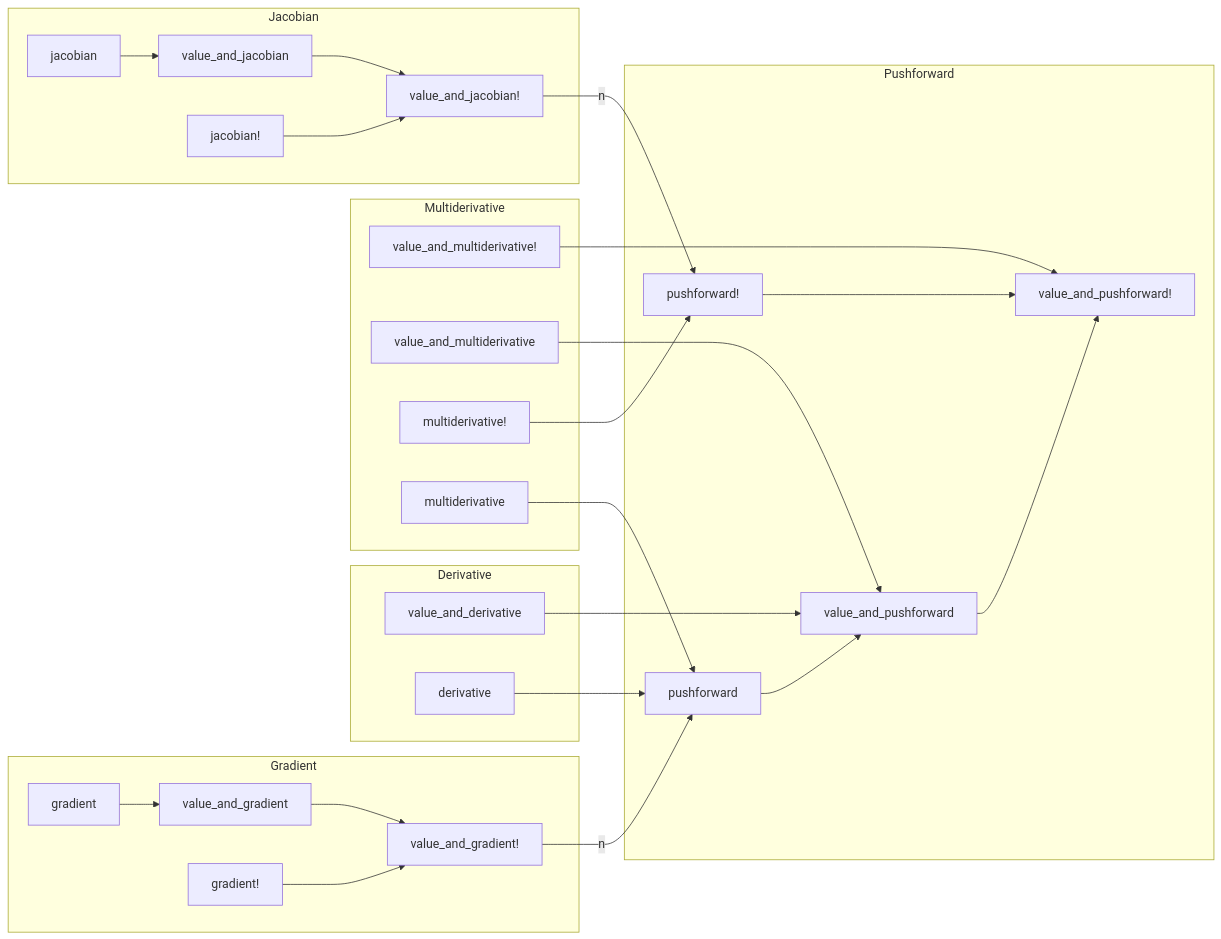
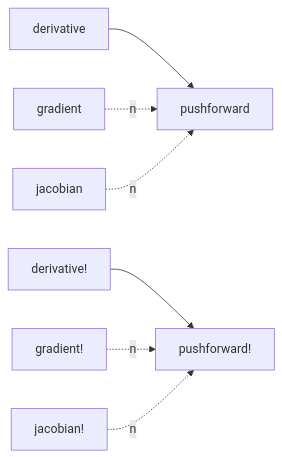
Before and after one commit to gdalle/DifferentiationInterface.jl: the first of 2 diagrams in docs/src/developer.md, drawn with Mermaid. The commit also changed other lines of this file and 13 other files, not shown here.

````diff
--- a/docs/src/developer.md
+++ b/docs/src/developer.md
@@ -26,44 +29,9 @@
 ```mermaid
 flowchart LR
-    subgraph Derivative
-        value_and_derivative
-        derivative
-    end
-
-    value_and_derivative --> value_and_pushforward
     derivative --> pushforward
-    
-    subgraph Multiderivative
-        value_and_multiderivative!
-        value_and_multiderivative
-        multiderivative!
-        multiderivative
-    end
-
-    value_and_multiderivative! --> value_and_pushforward!
-    value_and_multiderivative --> value_and_pushforward
-    multiderivative! --> pushforward!
-    multiderivative --> pushforward
-
-    subgraph Gradient
-        value_and_gradient --> value_and_gradient!
-        gradient! --> value_and_gradient!
-        gradient --> value_and_gradient
-    end
-
-    value_and_gradient! --> |n|pushforward
-
-    subgraph Jacobian
-        value_and_jacobian --> value_and_jacobian!
-        jacobian! --> value_and_jacobian!
-        jacobian --> value_and_jacobian
-    end
-
-    value_and_jacobian! --> |n|pushforward!
-
-    subgraph Pushforward
-        value_and_pushforward --> value_and_pushforward!
-        pushforward! --> value_and_pushforward!
-        pushforward --> value_and_pushforward
-    end
+    derivative! --> pushforward!
+    gradient .-> |n|pushforward
+    gradient! .-> |n|pushforward!
+    jacobian .-> |n|pushforward
+    jacobian! .-> |n|pushforward!
 ```
````
